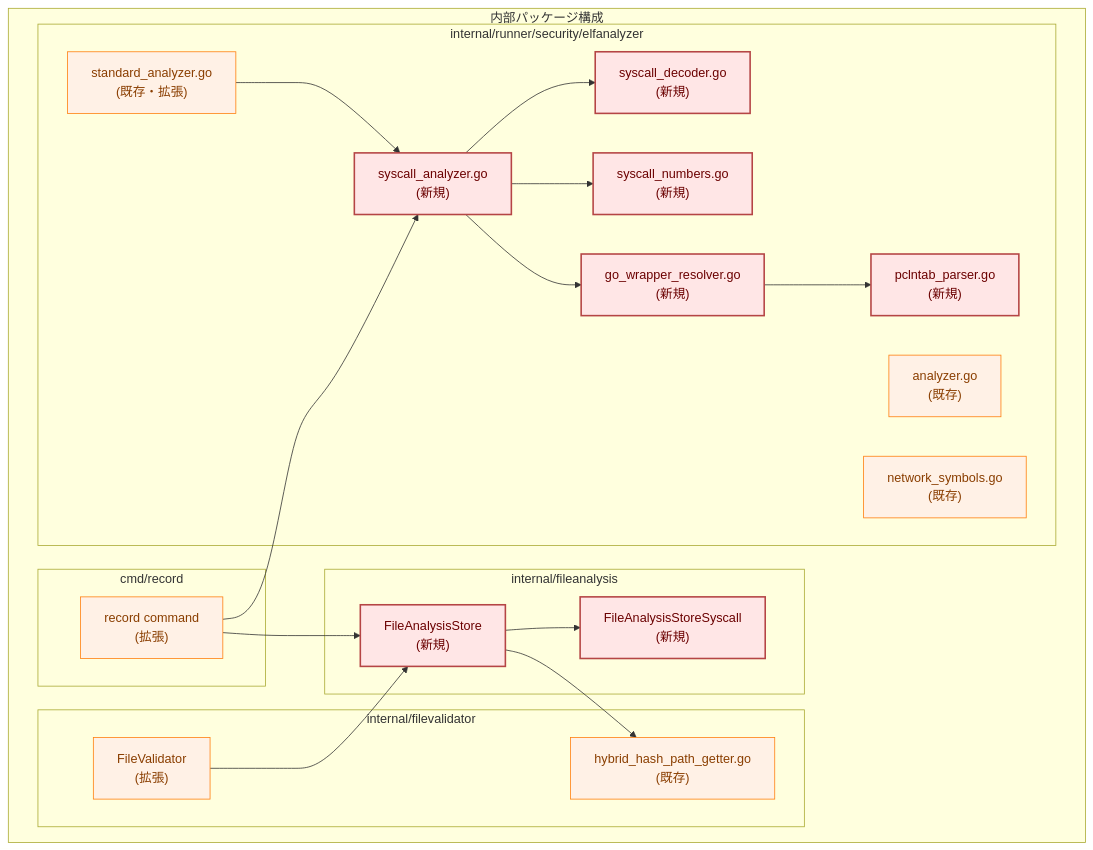
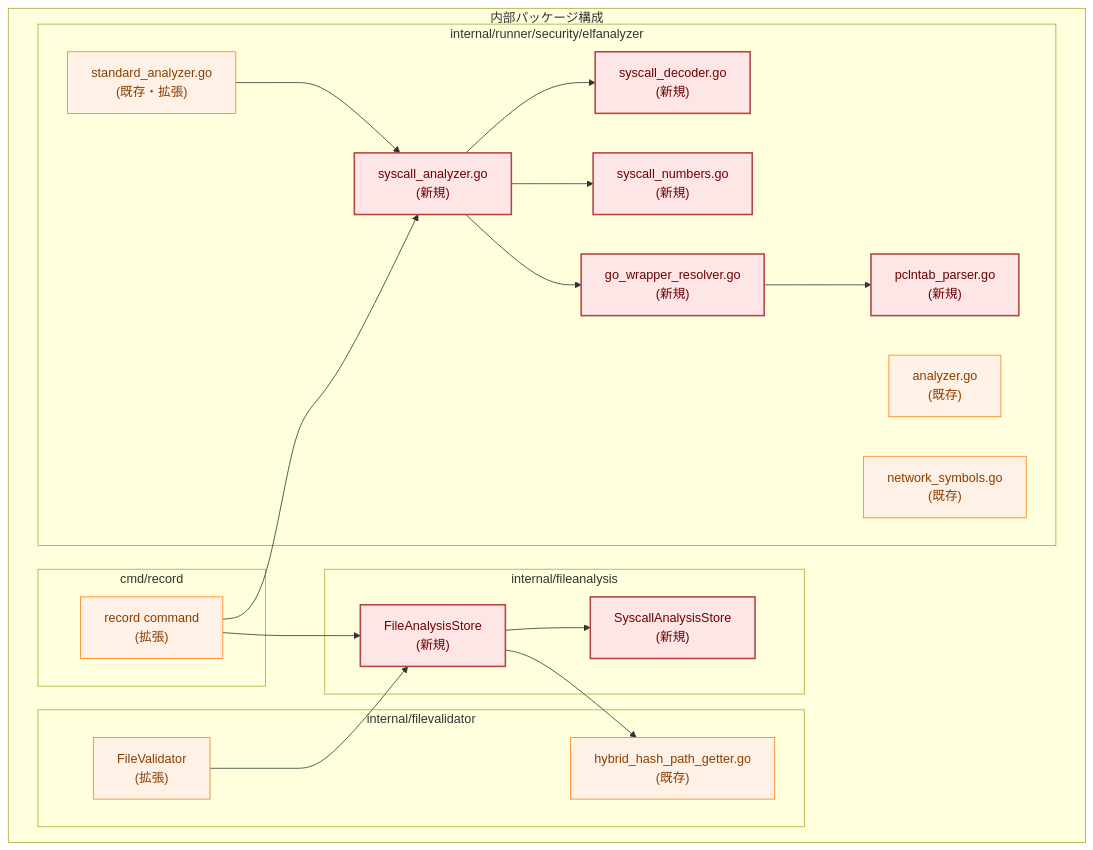
One commit to isseis/go-safe-cmd-runner changed the fourth of 18 diagrams in docs/tasks/0070_elf_syscall_analysis/02_architecture.md. Above: the diagram before and after it, drawn with Mermaid. The commit also changed other lines of this file, not shown here.

First line of the commit message:
Unify SyscallAnalysisStore name in ELF syscall architecture docs

````diff
--- a/docs/tasks/0070_elf_syscall_analysis/02_architecture.md
+++ b/docs/tasks/0070_elf_syscall_analysis/02_architecture.md
@@ -92,45 +92,45 @@
 ```mermaid
 graph TB
     classDef data fill:#e6f7ff,stroke:#1f77b4,stroke-width:1px,color:#0b3d91
     classDef process fill:#fff1e6,stroke:#ff7f0e,stroke-width:1px,color:#8a3e00
     classDef enhanced fill:#e8f5e8,stroke:#2e8b57,stroke-width:2px,color:#006400
     classDef new fill:#ffe6e6,stroke:#b54545,stroke-width:2px,color:#6b0000
 
     subgraph "内部パッケージ構成"
         subgraph "internal/runner/security/elfanalyzer"
             A["analyzer.go<br>(既存)"]
             B["standard_analyzer.go<br>(既存・拡張)"]
             C["network_symbols.go<br>(既存)"]
             D["syscall_analyzer.go<br>(新規)"]
             E["syscall_decoder.go<br>(新規)"]
             F["syscall_numbers.go<br>(新規)"]
             G["go_wrapper_resolver.go<br>(新規)"]
             P["pclntab_parser.go<br>(新規)"]
         end
         subgraph "internal/fileanalysis"
             J["FileAnalysisStore<br>(新規)"]
-            K["FileAnalysisStoreSyscall<br>(新規)"]
+            K["SyscallAnalysisStore<br>(新規)"]
         end
         subgraph "internal/filevalidator"
             H["FileValidator<br>(拡張)"]
             I["hybrid_hash_path_getter.go<br>(既存)"]
         end
         subgraph "cmd/record"
             L["record command<br>(拡張)"]
         end
     end
 
     D --> E
     D --> F
     D --> G
     G --> P
     B --> D
     J --> K
     H --> J
     J --> I
     L --> D
     L --> J
 
     class A,B,C,H,I,L process
     class D,E,F,G,P,J,K new
 ```
````
